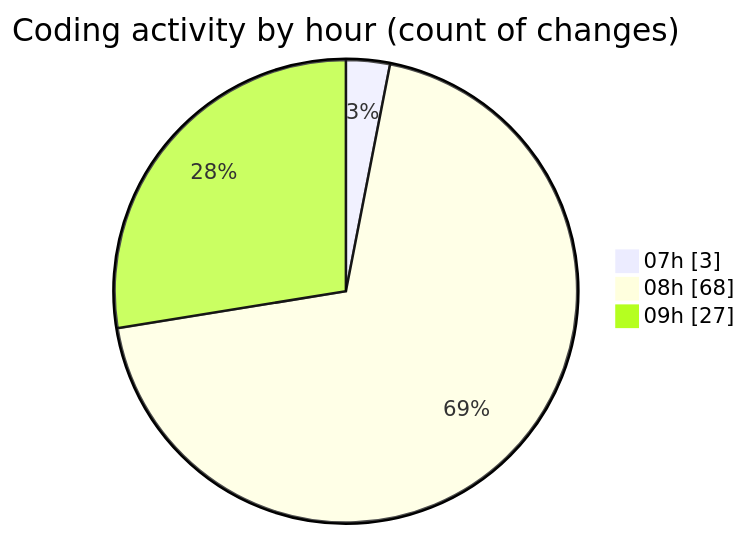
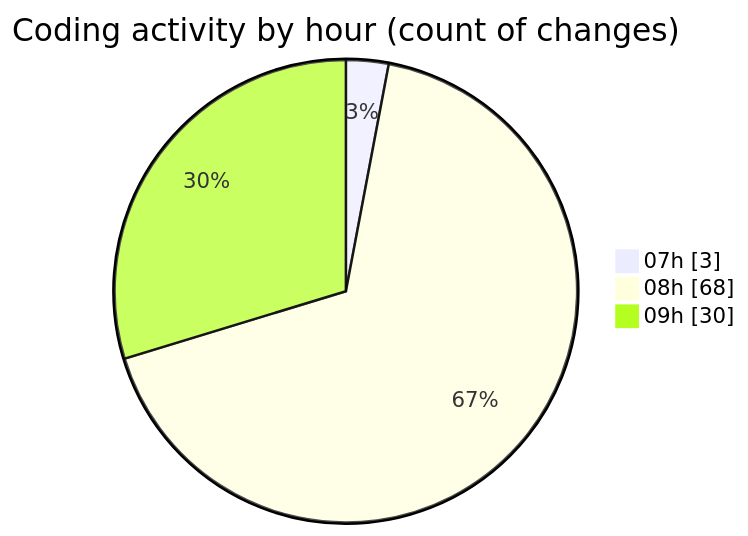
The second of 2 diagrams in 2025-07-10/toolsopenemalpass/README.md (lephambinh05/code-tracking), drawn with Mermaid before and after one commit. The commit also changed other lines of this file and 1 other file, not shown here.

````diff
--- a/2025-07-10/toolsopenemalpass/README.md
+++ b/2025-07-10/toolsopenemalpass/README.md
@@ -74,7 +74,7 @@
 ```mermaid
 pie showData
 title Coding activity by hour (count of changes)
 "07h" : 3
 "08h" : 68
-"09h" : 27
+"09h" : 30
 ```
````
